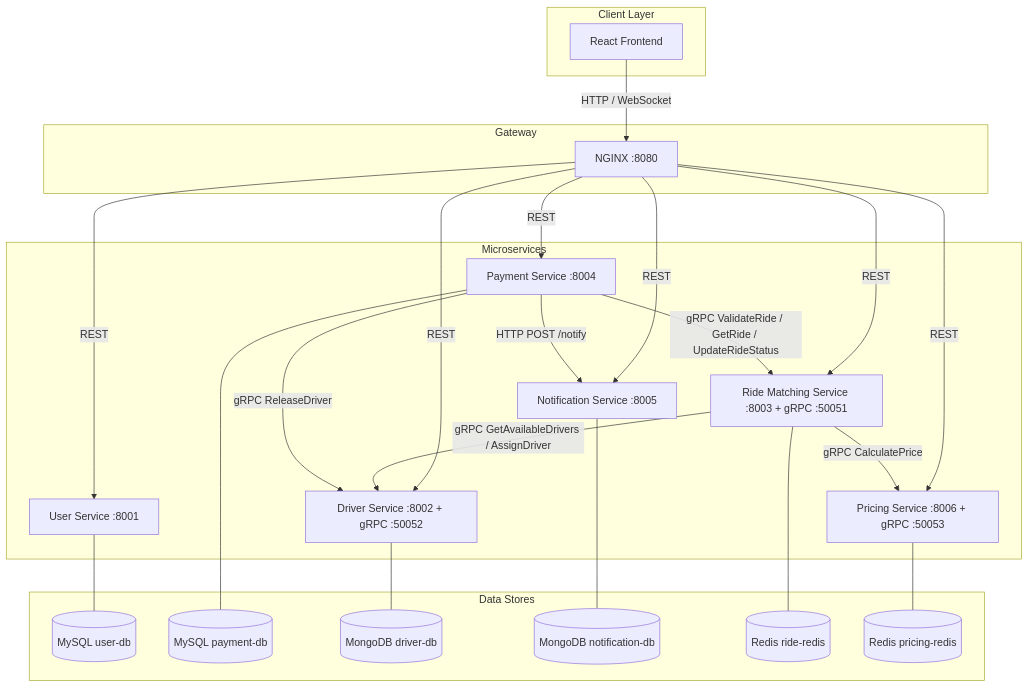
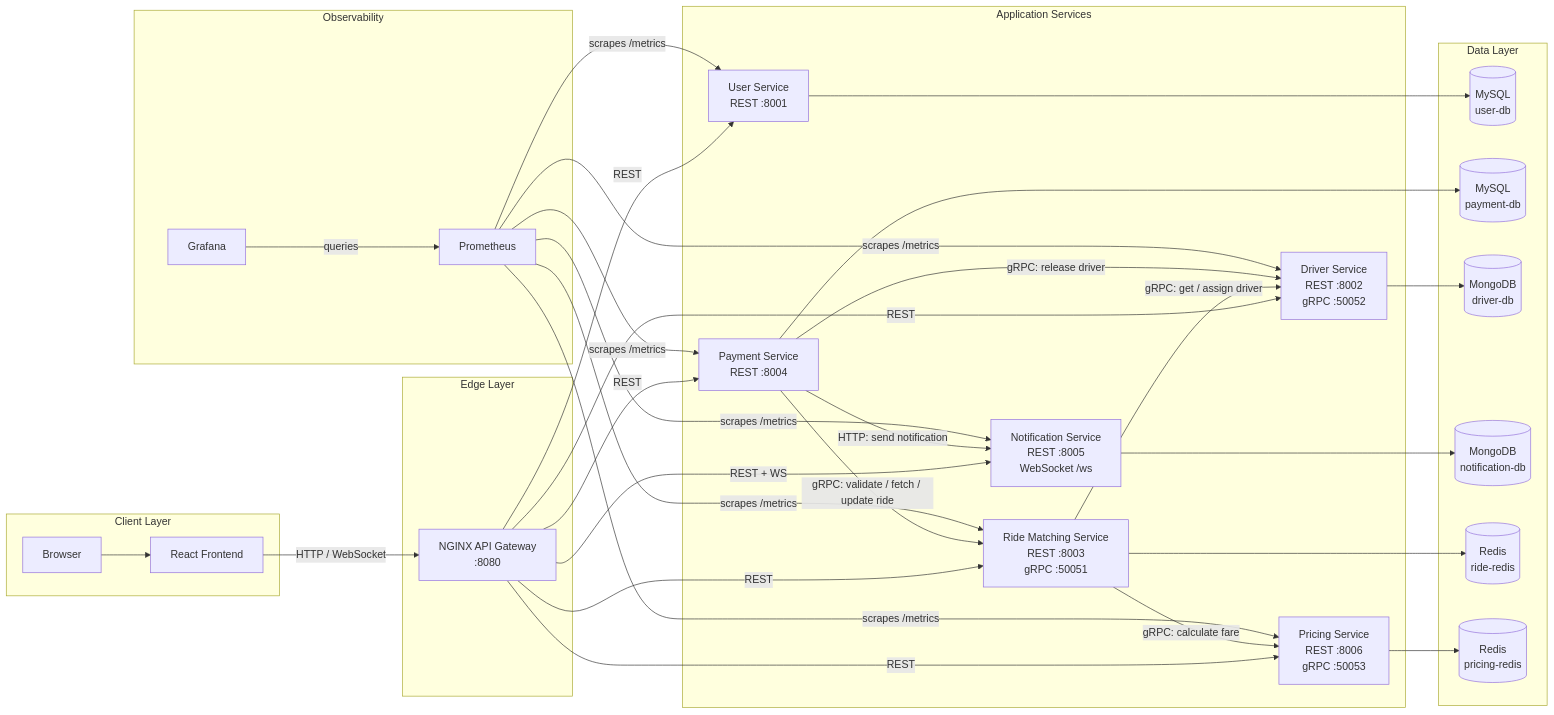
One commit to aaditya2210/ride-booking-modified changed the first of 3 diagrams in README.md. Above: the diagram before and after it, drawn with Mermaid. The commit also changed other lines of this file, not shown here.

Commit message:
Add configuration for new caching layer and update service dependencies

````diff
--- a/README.md
+++ b/README.md
@@ -200,50 +46,65 @@
 ```mermaid
-graph TD
+flowchart LR
     subgraph Client["Client Layer"]
-        FE["React Frontend"]
+        Browser["Browser"]
+        Frontend["React Frontend"]
+        Browser --> Frontend
     end
 
-    subgraph Gateway["Gateway"]
-        NGINX["NGINX :8080"]
+    subgraph Edge["Edge Layer"]
+        Gateway["NGINX API Gateway<br/>:8080"]
     end
 
-    subgraph Services["Microservices"]
-        US["User Service :8001"]
-        DS["Driver Service :8002 + gRPC :50052"]
-        RMS["Ride Matching Service :8003 + gRPC :50051"]
-        PS["Pricing Service :8006 + gRPC :50053"]
-        PAY["Payment Service :8004"]
-        NS["Notification Service :8005"]
+    subgraph Services["Application Services"]
+        User["User Service<br/>REST :8001"]
+        Driver["Driver Service<br/>REST :8002<br/>gRPC :50052"]
+        Ride["Ride Matching Service<br/>REST :8003<br/>gRPC :50051"]
+        Pricing["Pricing Service<br/>REST :8006<br/>gRPC :50053"]
+        Payment["Payment Service<br/>REST :8004"]
+        Notify["Notification Service<br/>REST :8005<br/>WebSocket /ws"]
     end
 
-    subgraph Data["Data Stores"]
-        UDB[("MySQL user-db")]
-        PDB[("MySQL payment-db")]
-        DDB[("MongoDB driver-db")]
-        NDB[("MongoDB notification-db")]
-        RREDIS[("Redis ride-redis")]
-        PREDIS[("Redis pricing-redis")]
+    subgraph Data["Data Layer"]
+        UserDB[("MySQL<br/>user-db")]
+        PaymentDB[("MySQL<br/>payment-db")]
+        DriverDB[("MongoDB<br/>driver-db")]
+        NotifyDB[("MongoDB<br/>notification-db")]
+        RideRedis[("Redis<br/>ride-redis")]
+        PricingRedis[("Redis<br/>pricing-redis")]
     end
 
-    FE -->|HTTP / WebSocket| NGINX
+    subgraph Obs["Observability"]
+        Prom["Prometheus"]
+        Graf["Grafana"]
+    end
 
-    NGINX -->|REST| US
-    NGINX -->|REST| DS
-    NGINX -->|REST| RMS
-    NGINX -->|REST| PAY
-    NGINX -->|REST| NS
-    NGINX -->|REST| PS
+    Frontend -->|HTTP / WebSocket| Gateway
 
-    RMS -->|gRPC GetAvailableDrivers / AssignDriver| DS
-    RMS -->|gRPC CalculatePrice| PS
-    PAY -->|gRPC ValidateRide / GetRide / UpdateRideStatus| RMS
-    PAY -->|gRPC ReleaseDriver| DS
-    PAY -->|HTTP POST /notify| NS
+    Gateway -->|REST| User
+    Gateway -->|REST| Driver
+    Gateway -->|REST| Ride
+    Gateway -->|REST| Pricing
+    Gateway -->|REST| Payment
+    Gateway -->|REST + WS| Notify
 
-    US --- UDB
-    PAY --- PDB
-    DS --- DDB
-    NS --- NDB
-    RMS --- RREDIS
-    PS --- PREDIS
+    Ride -->|gRPC: get / assign driver| Driver
+    Ride -->|gRPC: calculate fare| Pricing
+    Payment -->|gRPC: validate / fetch / update ride| Ride
+    Payment -->|gRPC: release driver| Driver
+    Payment -->|HTTP: send notification| Notify
+
+    User --> UserDB
+    Driver --> DriverDB
+    Ride --> RideRedis
+    Pricing --> PricingRedis
+    Payment --> PaymentDB
+    Notify --> NotifyDB
+
+    Prom -->|scrapes /metrics| User
+    Prom -->|scrapes /metrics| Driver
+    Prom -->|scrapes /metrics| Ride
+    Prom -->|scrapes /metrics| Pricing
+    Prom -->|scrapes /metrics| Payment
+    Prom -->|scrapes /metrics| Notify
+    Graf -->|queries| Prom
 ```
````
